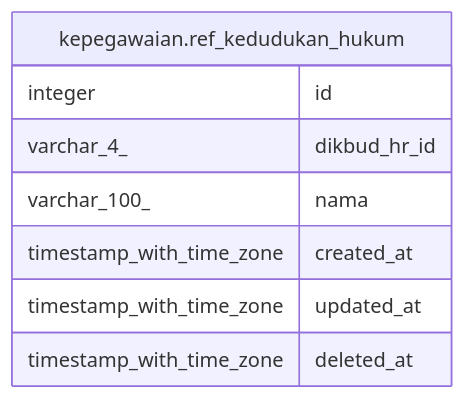
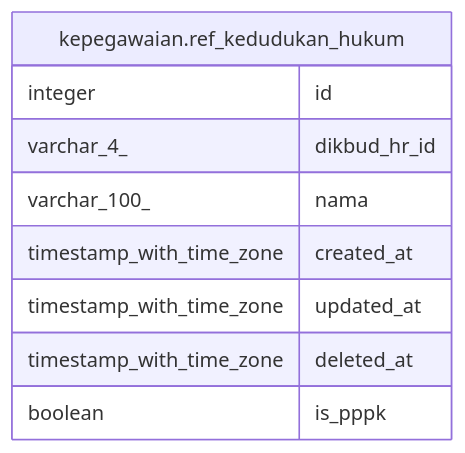
Before and after one commit to nandanugg/triforce.nvim: the diagram in services/kepegawaian/docs/db/kepegawaian.ref_kedudukan_hukum.md, drawn with Mermaid. The commit also changed other lines of this file and 49 other files, not shown here.

````diff
--- a/services/kepegawaian/docs/db/kepegawaian.ref_kedudukan_hukum.md
+++ b/services/kepegawaian/docs/db/kepegawaian.ref_kedudukan_hukum.md
@@ -30,13 +31,14 @@
 ```mermaid
 erDiagram
 
 
 "kepegawaian.ref_kedudukan_hukum" {
   integer id
   varchar_4_ dikbud_hr_id
   varchar_100_ nama
   timestamp_with_time_zone created_at
   timestamp_with_time_zone updated_at
   timestamp_with_time_zone deleted_at
+  boolean is_pppk
 }
 ```
````
